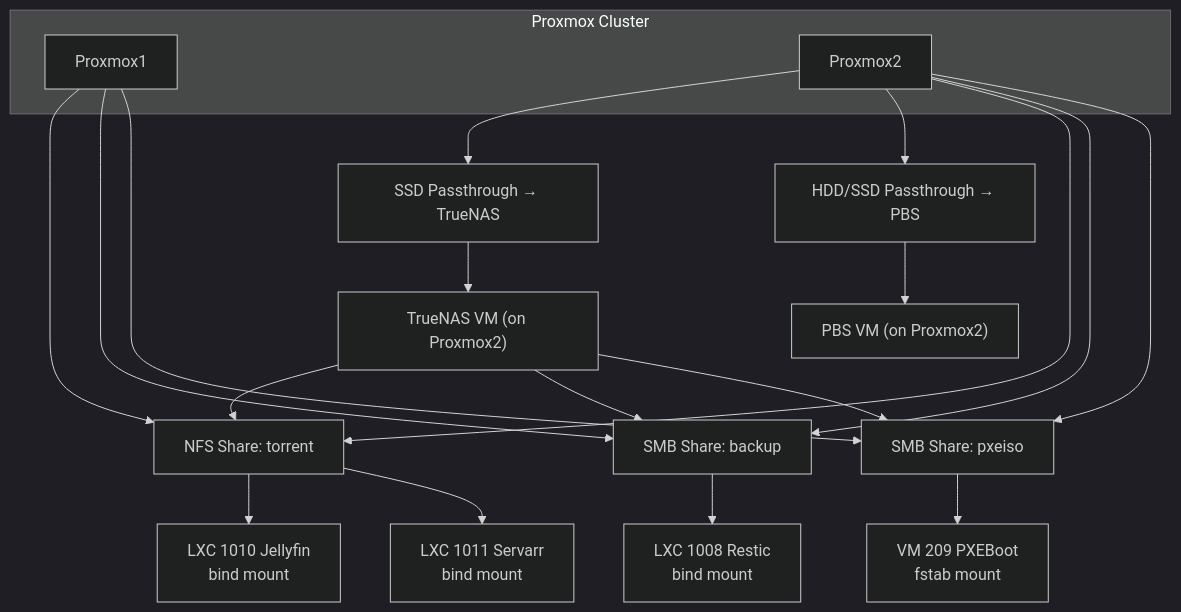
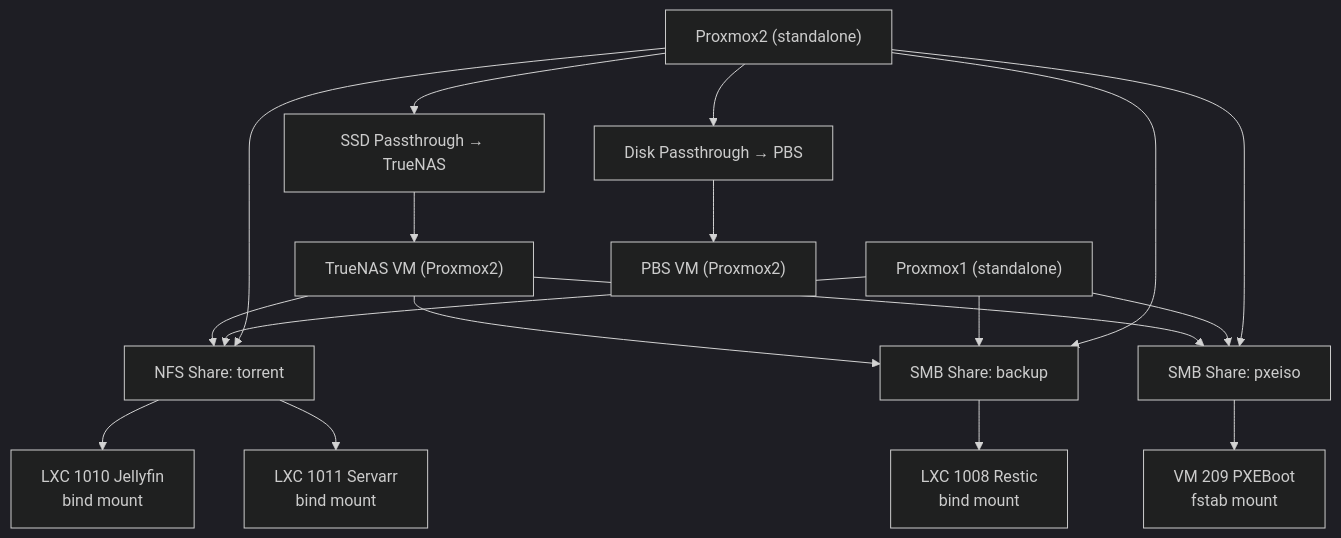
One commit to torokrolf/homelab changed the diagram in 13-Design_Decisions/README_HU.md. Above: the diagram before and after it, drawn with Mermaid (dark theme). The commit also changed other lines of this file, not shown here.

````diff
--- a/13-Design_Decisions/README_HU.md
+++ b/13-Design_Decisions/README_HU.md
@@ -58,43 +59,41 @@
 ```mermaid
 flowchart TB
 
-    subgraph CLUSTER["Proxmox Cluster"]
-        PVE1["Proxmox1"]
-        PVE2["Proxmox2"]
-    end
+    PVE1["Proxmox1 (standalone)"]
+    PVE2["Proxmox2 (standalone)"]
 
-    TRUENAS_VM["TrueNAS VM (on Proxmox2)"]
-    PBS_VM["PBS VM (on Proxmox2)"]
+    TRUENAS_VM["TrueNAS VM (Proxmox2)"]
+    PBS_VM["PBS VM (Proxmox2)"]
 
     SSD_TRUENAS["SSD Passthrough → TrueNAS"]
-    SSD_PBS["HDD/SSD Passthrough → PBS"]
+    SSD_PBS["Disk Passthrough → PBS"]
 
-    %% Passthrough kapcsolatok
+    %% Passthrough only on Proxmox2
     PVE2 --> SSD_TRUENAS --> TRUENAS_VM
     PVE2 --> SSD_PBS --> PBS_VM
 
-    %% Storage export
+    %% Storage export from TrueNAS
     TRUENAS_VM --> NFS["NFS Share: torrent"]
     TRUENAS_VM --> SMB1["SMB Share: backup"]
     TRUENAS_VM --> SMB2["SMB Share: pxeiso"]
 
-    %% Proxmox mountok
+    %% Both nodes mount the shares
     PVE1 --> NFS
     PVE1 --> SMB1
     PVE1 --> SMB2
 
     PVE2 --> NFS
     PVE2 --> SMB1
     PVE2 --> SMB2
 
-    %% Fogyasztók
+    %% Consumers
     JELLY["LXC 1010 Jellyfin\nbind mount"]
     SERVARR["LXC 1011 Servarr\nbind mount"]
     RESTIC["LXC 1008 Restic\nbind mount"]
     PXEVM["VM 209 PXEBoot\nfstab mount"]
 
     NFS --> JELLY
     NFS --> SERVARR
     SMB1 --> RESTIC
     SMB2 --> PXEVM
 ```
````
